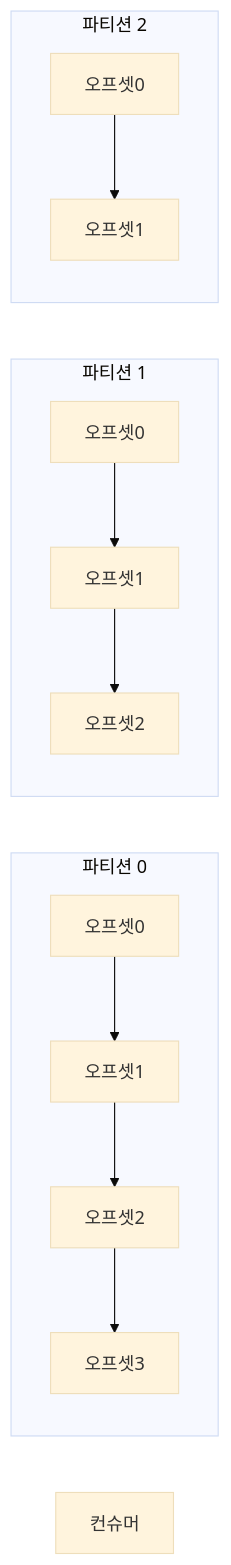
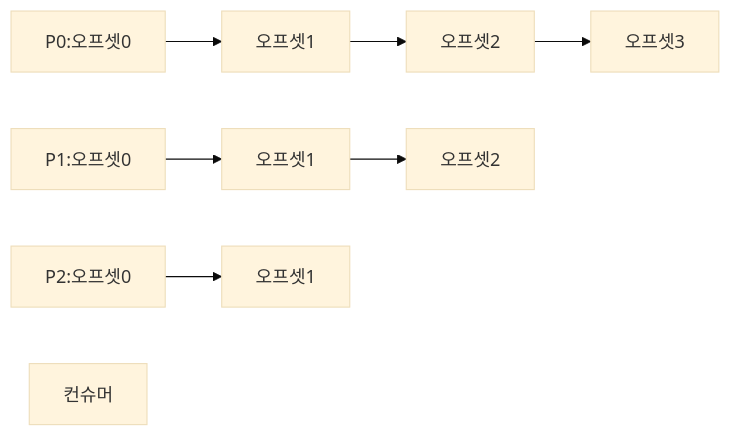
The second of 12 diagrams in _posts/kafka/2026-05-02-kafka-deep.md (yjkim2015/yjkim2015.github.io), drawn with Mermaid (base theme) before and after one commit. The commit also changed other lines of this file and 155 other files, not shown here.

First line of the commit message:
Mermaid 전면 수정: subgraph 제거, participant/노드/줄수 축소 (342블록)

````diff
--- a/_posts/kafka/2026-05-02-kafka-deep.md
+++ b/_posts/kafka/2026-05-02-kafka-deep.md
@@ -48,13 +48,7 @@
 ```mermaid
 graph LR
-    subgraph "파티션 0"
-        M0["오프셋0"] --> M1["오프셋1"] --> M2["오프셋2"] --> M3["오프셋3"]
-    end
-    subgraph "파티션 1"
-        N0["오프셋0"] --> N1["오프셋1"] --> N2["오프셋2"]
-    end
-    subgraph "파티션 2"
-        O0["오프셋0"] --> O1["오프셋1"]
-    end
+    M0["P0:오프셋0"] --> M1["오프셋1"] --> M2["오프셋2"] --> M3["오프셋3"]
+    N0["P1:오프셋0"] --> N1["오프셋1"] --> N2["오프셋2"]
+    O0["P2:오프셋0"] --> O1["오프셋1"]
     Consumer["컨슈머"]
 ```
````
